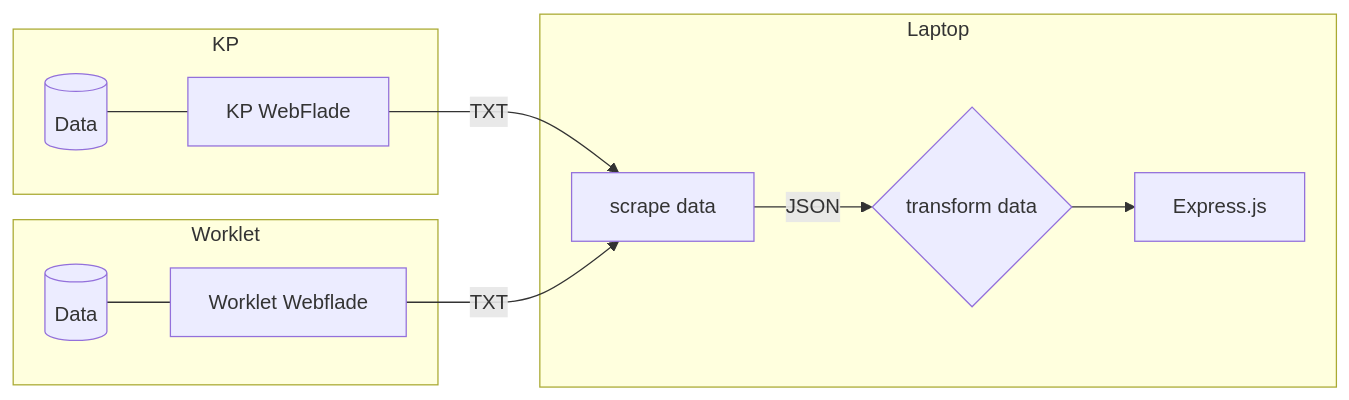
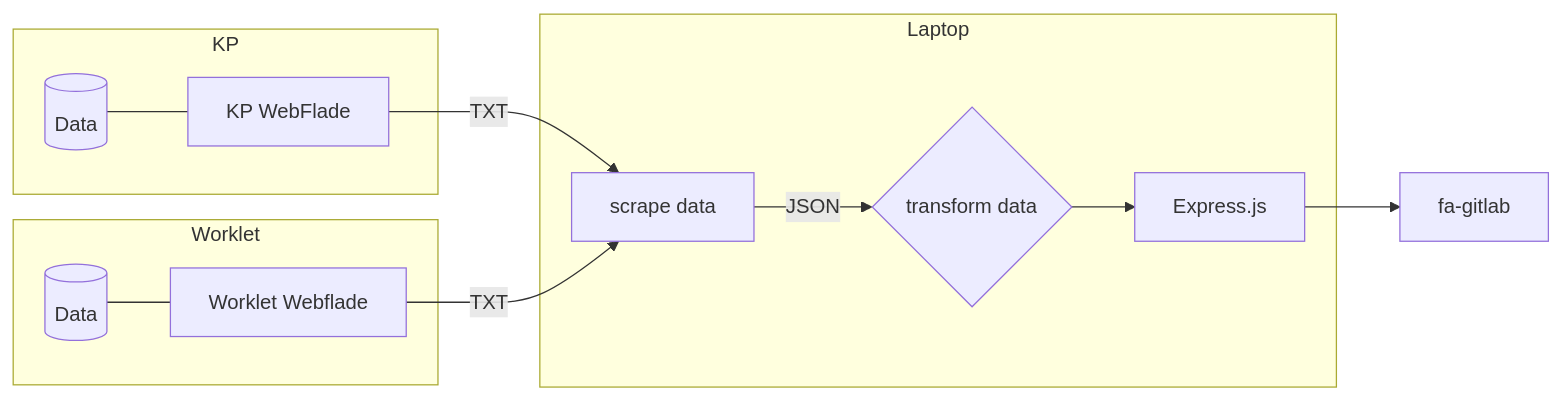
One commit to Randers-Kommune-Digitalisering/auto-tilskudsberegning-fodterapi changed the diagram in README.md. Above: the diagram before and after it, drawn with Mermaid.

````diff
--- a/README.md
+++ b/README.md
@@ -33,21 +33,22 @@
 ```mermaid
 graph LR
     KPDB[(Data)] --- KPWEB[KP WebFlade] --> 
 
     |TXT|E[scrape data] -->
-    |JSON|T{transform data}-->Express.js
+    |JSON|T{transform data}-->Express.js--> FONTAWESOME["fa-gitlab"]
 
     WLDB[(Data)] --- WLWEB[Worklet Webflade] -->|TXT| E
 
     subgraph Laptop
     E & T & Express.js
     end
 
     subgraph Worklet
     WLDB & WLWEB
     end
 
     subgraph KP
     KPDB & KPWEB
     end
+    
 ```
````
